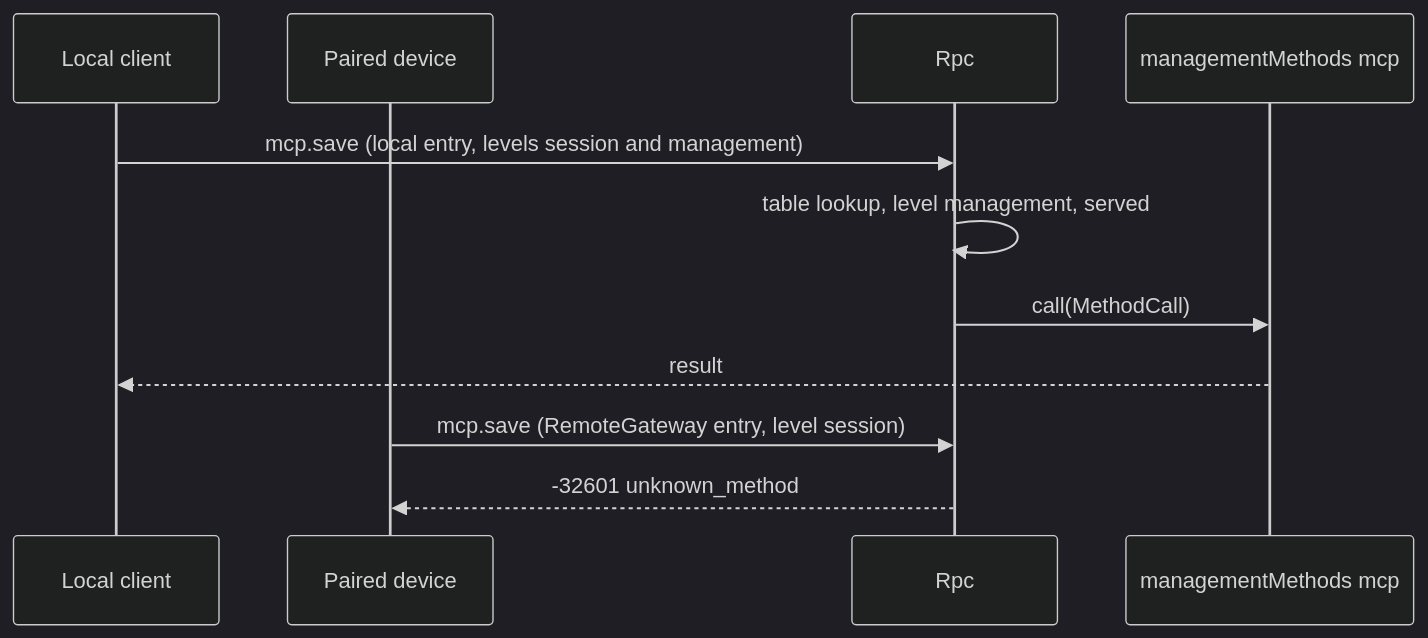
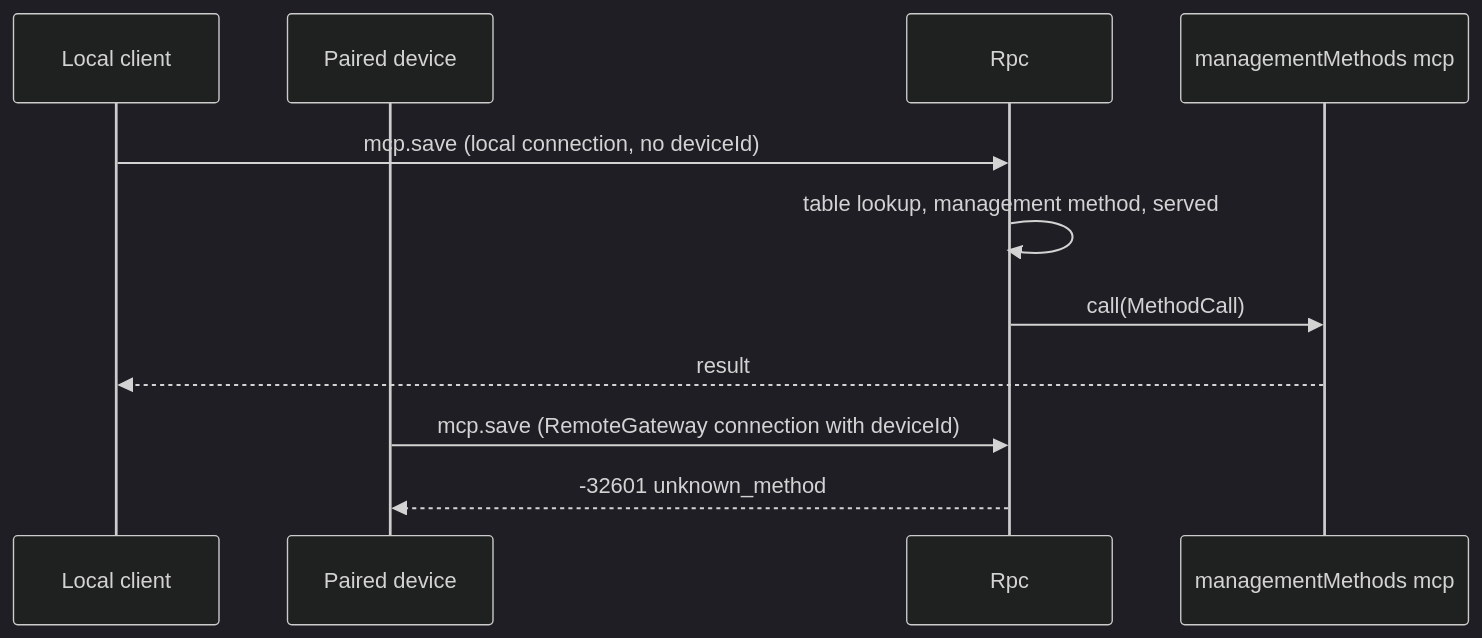
One commit to CoutinhoTTS/dim-agent changed the third of 3 diagrams in docs/design/contracts/session-boundary.md. Above: the diagram before and after it, drawn with Mermaid (dark theme). The commit also changed other lines of this file and 42 other files, not shown here.

````diff
--- a/docs/design/contracts/session-boundary.md
+++ b/docs/design/contracts/session-boundary.md
@@ -91,13 +93,13 @@
 ```mermaid
 sequenceDiagram
   participant L as Local client
   participant D as Paired device
   participant R as Rpc
   participant P as managementMethods mcp
-  L->>R: mcp.save (local entry, levels session and management)
-  R->>R: table lookup, level management, served
+  L->>R: mcp.save (local connection, no deviceId)
+  R->>R: table lookup, management method, served
   R->>P: call(MethodCall)
   P-->>L: result
-  D->>R: mcp.save (RemoteGateway entry, level session)
+  D->>R: mcp.save (RemoteGateway connection with deviceId)
   R-->>D: -32601 unknown_method
 ```
````
